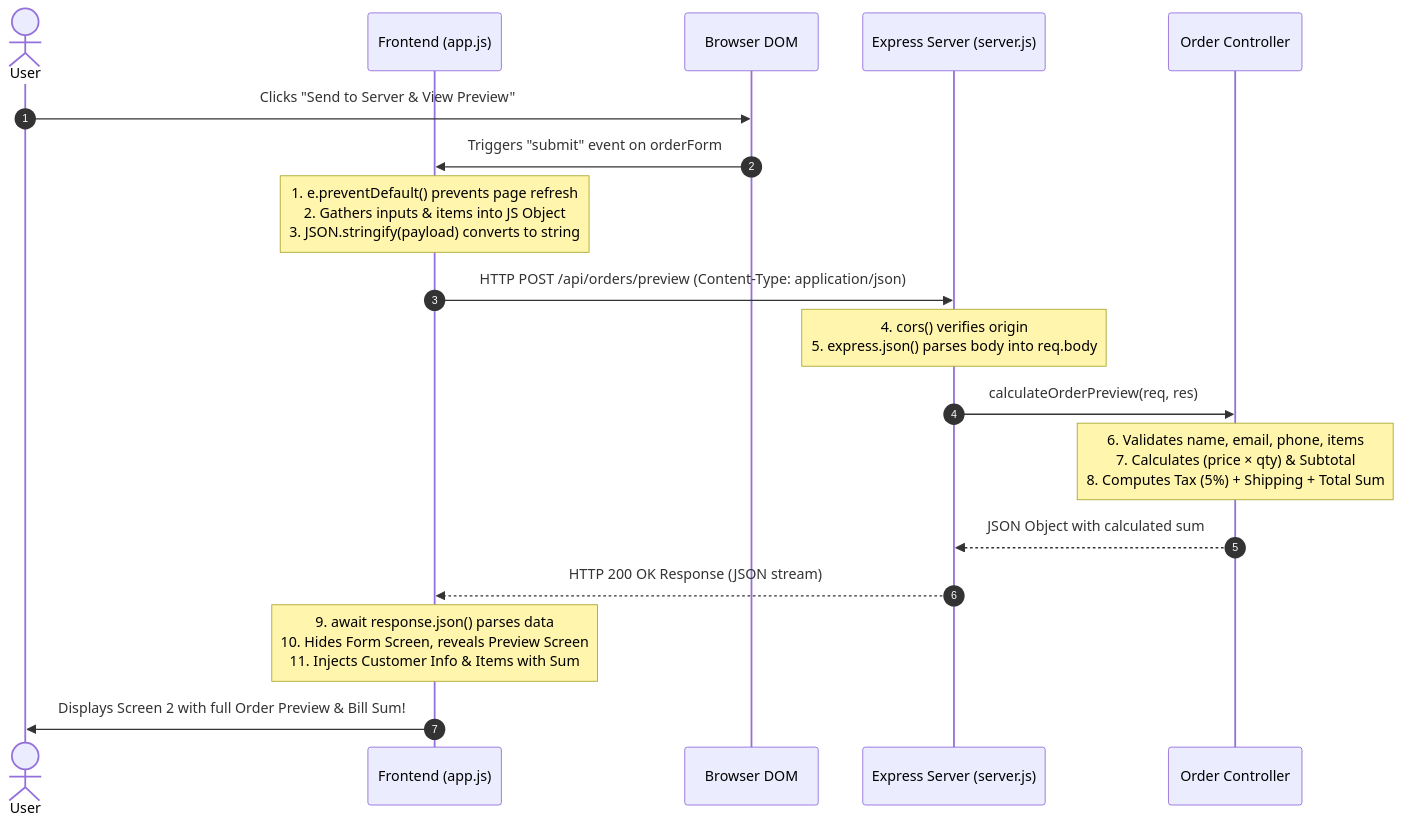
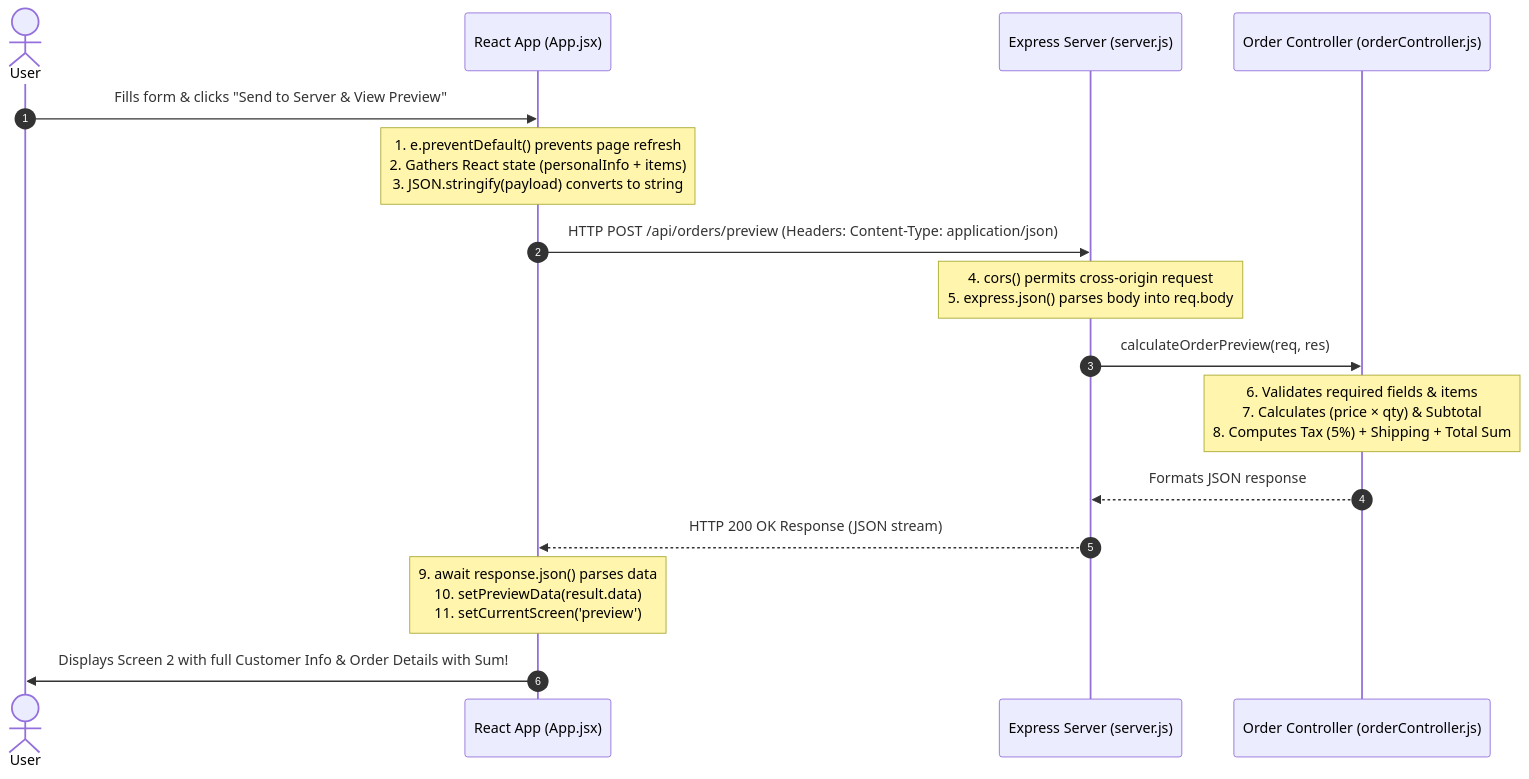
The diagram in README.md (M-Abdul-RAFAY/invoices), drawn with Mermaid before and after one commit. The commit also changed other lines of this file, not shown here.

Commit message:
docs: update README to reflect React and Vite client architecture

````diff
--- a/README.md
+++ b/README.md
@@ -131,21 +132,19 @@
 ```mermaid
 sequenceDiagram
     autonumber
     actor User
-    participant Client as Frontend (app.js)
-    participant DOM as Browser DOM
+    participant React as React App (App.jsx)
     participant Server as Express Server (server.js)
-    participant Controller as Order Controller
+    participant Controller as Order Controller (orderController.js)
 
-    User->>DOM: Clicks "Send to Server & View Preview"
-    DOM->>Client: Triggers "submit" event on orderForm
-    Note over Client: 1. e.preventDefault() prevents page refresh<br/>2. Gathers inputs & items into JS Object<br/>3. JSON.stringify(payload) converts to string
-    Client->>Server: HTTP POST /api/orders/preview (Content-Type: application/json)
-    Note over Server: 4. cors() verifies origin<br/>5. express.json() parses body into req.body
+    User->>React: Fills form & clicks "Send to Server & View Preview"
+    Note over React: 1. e.preventDefault() prevents page refresh<br/>2. Gathers React state (personalInfo + items)<br/>3. JSON.stringify(payload) converts to string
+    React->>Server: HTTP POST /api/orders/preview (Headers: Content-Type: application/json)
+    Note over Server: 4. cors() permits cross-origin request<br/>5. express.json() parses body into req.body
     Server->>Controller: calculateOrderPreview(req, res)
-    Note over Controller: 6. Validates name, email, phone, items<br/>7. Calculates (price × qty) & Subtotal<br/>8. Computes Tax (5%) + Shipping + Total Sum
-    Controller-->>Server: JSON Object with calculated sum
-    Server-->>Client: HTTP 200 OK Response (JSON stream)
-    Note over Client: 9. await response.json() parses data<br/>10. Hides Form Screen, reveals Preview Screen<br/>11. Injects Customer Info & Items with Sum
-    Client->>User: Displays Screen 2 with full Order Preview & Bill Sum!
+    Note over Controller: 6. Validates required fields & items<br/>7. Calculates (price × qty) & Subtotal<br/>8. Computes Tax (5%) + Shipping + Total Sum
+    Controller-->>Server: Formats JSON response
+    Server-->>React: HTTP 200 OK Response (JSON stream)
+    Note over React: 9. await response.json() parses data<br/>10. setPreviewData(result.data)<br/>11. setCurrentScreen('preview')
+    React->>User: Displays Screen 2 with full Customer Info & Order Details with Sum!
 ```
````
